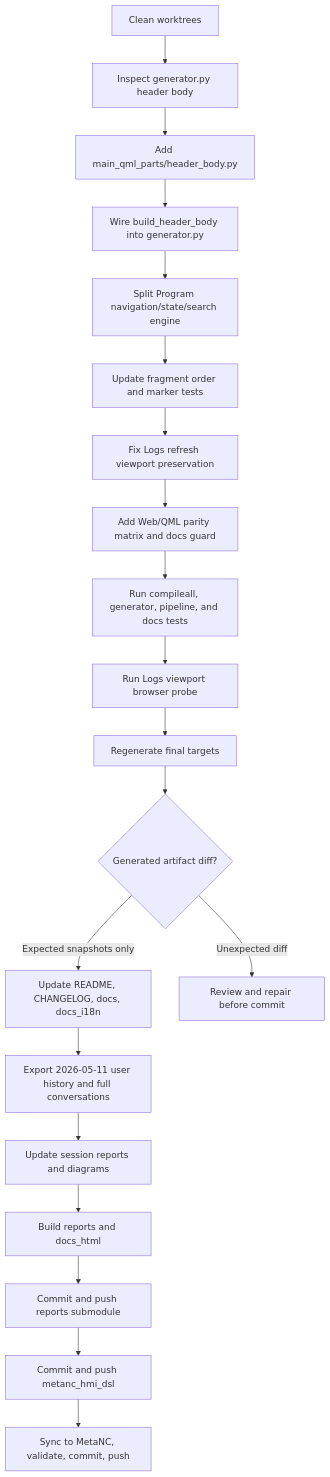
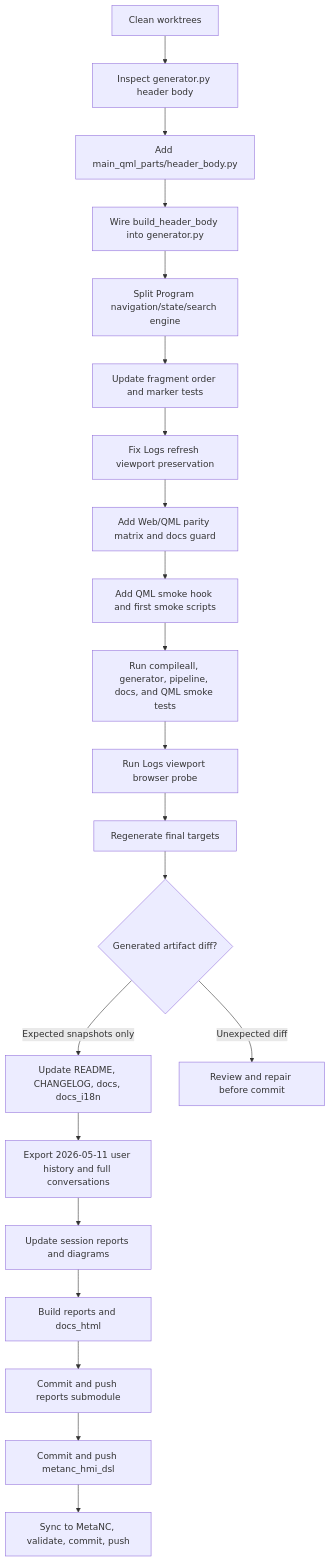
The diagram in 2026-05-11-codex-session/workflow-diagram.md (luppiterw/metanc_hmi_dsl_reports), drawn with Mermaid before and after one commit. The commit also changed 17 other files, not shown here.

Commit message:
docs: update 2026-05-11 QML smoke report

````diff
--- a/2026-05-11-codex-session/workflow-diagram.md
+++ b/2026-05-11-codex-session/workflow-diagram.md
@@ -3,22 +3,23 @@
 ```mermaid
 flowchart TD
     A[Clean worktrees] --> B[Inspect generator.py header body]
     B --> C[Add main_qml_parts/header_body.py]
     C --> D[Wire build_header_body into generator.py]
     D --> E[Split Program navigation/state/search engine]
     E --> F[Update fragment order and marker tests]
     F --> G[Fix Logs refresh viewport preservation]
     G --> H[Add Web/QML parity matrix and docs guard]
-    H --> I[Run compileall, generator, pipeline, and docs tests]
-    I --> J[Run Logs viewport browser probe]
-    J --> K[Regenerate final targets]
-    K --> L{Generated artifact diff?}
-    L -->|Expected snapshots only| M[Update README, CHANGELOG, docs, docs_i18n]
-    L -->|Unexpected diff| R[Review and repair before commit]
-    M --> N[Export 2026-05-11 user history and full conversations]
-    N --> O[Update session reports and diagrams]
-    O --> P[Build reports and docs_html]
-    P --> Q[Commit and push reports submodule]
-    Q --> S[Commit and push metanc_hmi_dsl]
-    S --> T[Sync to MetaNC, validate, commit, push]
+    H --> I[Add QML smoke hook and first smoke scripts]
+    I --> J[Run compileall, generator, pipeline, docs, and QML smoke tests]
+    J --> K[Run Logs viewport browser probe]
+    K --> L[Regenerate final targets]
+    L --> M{Generated artifact diff?}
+    M -->|Expected snapshots only| N[Update README, CHANGELOG, docs, docs_i18n]
+    M -->|Unexpected diff| R[Review and repair before commit]
+    N --> O[Export 2026-05-11 user history and full conversations]
+    O --> P[Update session reports and diagrams]
+    P --> Q[Build reports and docs_html]
+    Q --> S[Commit and push reports submodule]
+    S --> T[Commit and push metanc_hmi_dsl]
+    T --> U[Sync to MetaNC, validate, commit, push]
 ```
````
